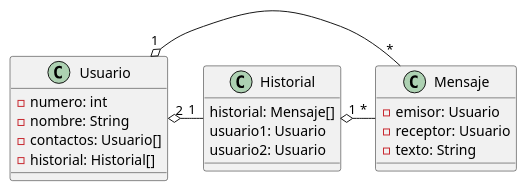
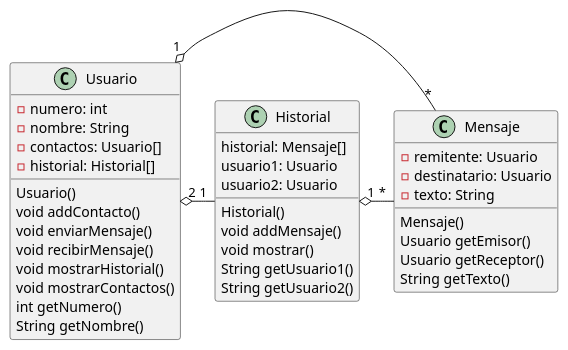
One commit to lihuencarranza/algoritmos3 changed the diagram in src/POO/ej2/ej2.plantuml. Above: the diagram before and after it, drawn with PlantUML. The commit also changed 1 other file, not shown here.

Commit message:
UML final

```diff
--- a/src/POO/ej2/ej2.plantuml
+++ b/src/POO/ej2/ej2.plantuml
@@ -1,27 +1,47 @@
 @startuml
 class Usuario{
  -numero: int
  -nombre: String
  -contactos: Usuario[]
  -historial: Historial[]
+
+ Usuario()
+ void addContacto()
+ void enviarMensaje()
+ void recibirMensaje()
+ void mostrarHistorial()
+ void mostrarContactos()
+ int getNumero()
+ String getNombre() 
 } 
 
 class Historial{
  historial: Mensaje[]
  usuario1: Usuario
  usuario2: Usuario
+
+ Historial()
+ void addMensaje()
+ void mostrar()
+ String getUsuario1()
+ String getUsuario2()
 }
 
 class Mensaje{
- -emisor: Usuario
- -receptor: Usuario
+ -remitente: Usuario
+ -destinatario: Usuario
  -texto: String
+
+ Mensaje()
+ Usuario getEmisor()
+ Usuario getReceptor()
+ String getTexto()
 }
 
+Historial "1" o- "*" Mensaje
+
 Usuario "2" o- "1" Historial
-
-Historial "1" o- "*" Mensaje
 
 Usuario "1" o- "*" Mensaje
 
 @enduml
```
